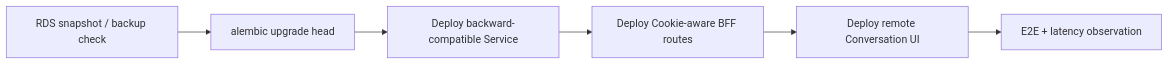
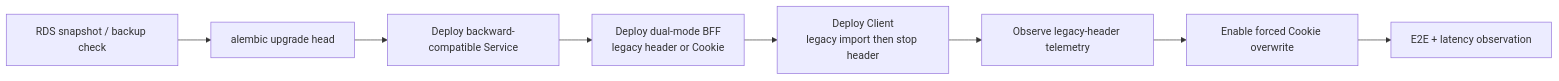
One commit to T-1009/personal-assistant changed the third of 5 diagrams in personal-assistant-meta/issues/features/feature-14-multi-session-runtime-prewarm/plan.md. Above: the diagram before and after it, drawn with Mermaid. The commit also changed other lines of this file and 2 other files, not shown here.

````diff
--- a/personal-assistant-meta/issues/features/feature-14-multi-session-runtime-prewarm/plan.md
+++ b/personal-assistant-meta/issues/features/feature-14-multi-session-runtime-prewarm/plan.md
@@ -381,8 +369,10 @@
 ```mermaid
 flowchart LR
     Backup["RDS snapshot / backup check"] --> Migrate["alembic upgrade head"]
     Migrate --> Service["Deploy backward-compatible Service"]
-    Service --> BFF["Deploy Cookie-aware BFF routes"]
-    BFF --> Client["Deploy remote Conversation UI"]
-    Client --> Verify["E2E + latency observation"]
+    Service --> BFFCompat["Deploy dual-mode BFF<br/>legacy header or Cookie"]
+    BFFCompat --> Client["Deploy Client<br/>legacy import then stop header"]
+    Client --> Observe["Observe legacy-header telemetry"]
+    Observe --> BFFFinal["Enable forced Cookie overwrite"]
+    BFFFinal --> Verify["E2E + latency observation"]
 ```
````
